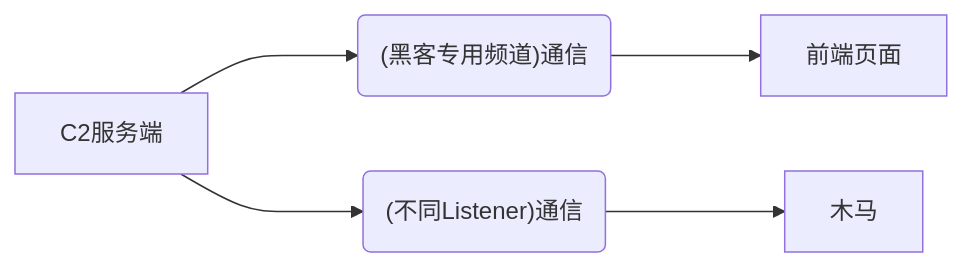
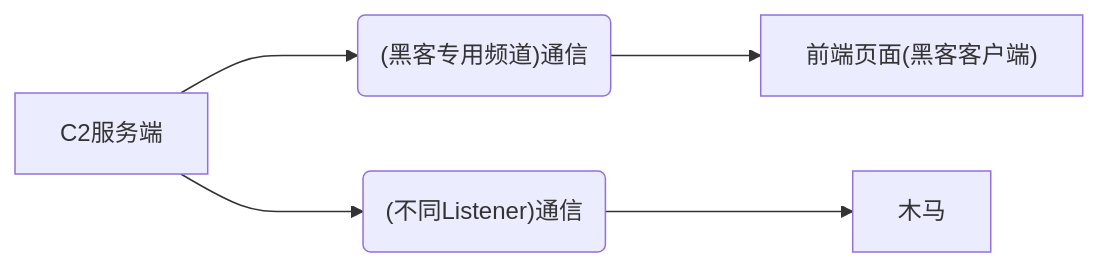
One commit to RC-diamond-GH/OblivionisRAT changed the diagram in README.md. Above: the diagram before and after it, drawn with Mermaid.

````diff
--- a/README.md
+++ b/README.md
@@ -4,11 +4,11 @@
 ```mermaid
 graph LR
 A["C2服务端"]
-B["前端页面"]
+B["前端页面(黑客客户端)"]
 C["木马"]
 
 A--->TX1("(黑客专用频道)通信")
 TX1--->B
 A--->TX2("(不同Listener)通信")
 TX2--->C
 ```
````
